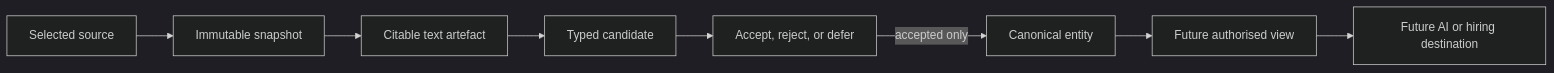
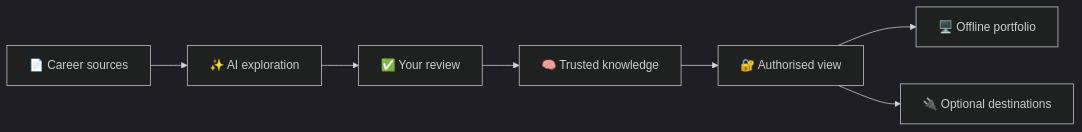
One commit to rajanrx/why-hire-me changed the diagram in README.md. Above: the diagram before and after it, drawn with Mermaid (dark theme). The commit also changed other lines of this file and 3 other files, not shown here.

````diff
--- a/README.md
+++ b/README.md
@@ -31,10 +49,9 @@
 ```mermaid
 flowchart LR
-    Source[Selected source] --> Snapshot[Immutable snapshot]
-    Snapshot --> Text[Citable text artefact]
-    Text --> Candidate[Typed candidate]
-    Candidate --> Review[Accept, reject, or defer]
-    Review -->|accepted only| Knowledge[Canonical entity]
-    Knowledge --> View[Future authorised view]
-    View --> Destination[Future AI or hiring destination]
+    Sources[📄 Career sources] --> Explore[✨ AI exploration]
+    Explore --> Review[✅ Your review]
+    Review --> Knowledge[🧠 Trusted knowledge]
+    Knowledge --> View[🔐 Authorised view]
+    View --> Local[🖥️ Offline portfolio]
+    View --> Connectors[🔌 Optional destinations]
 ```
````
